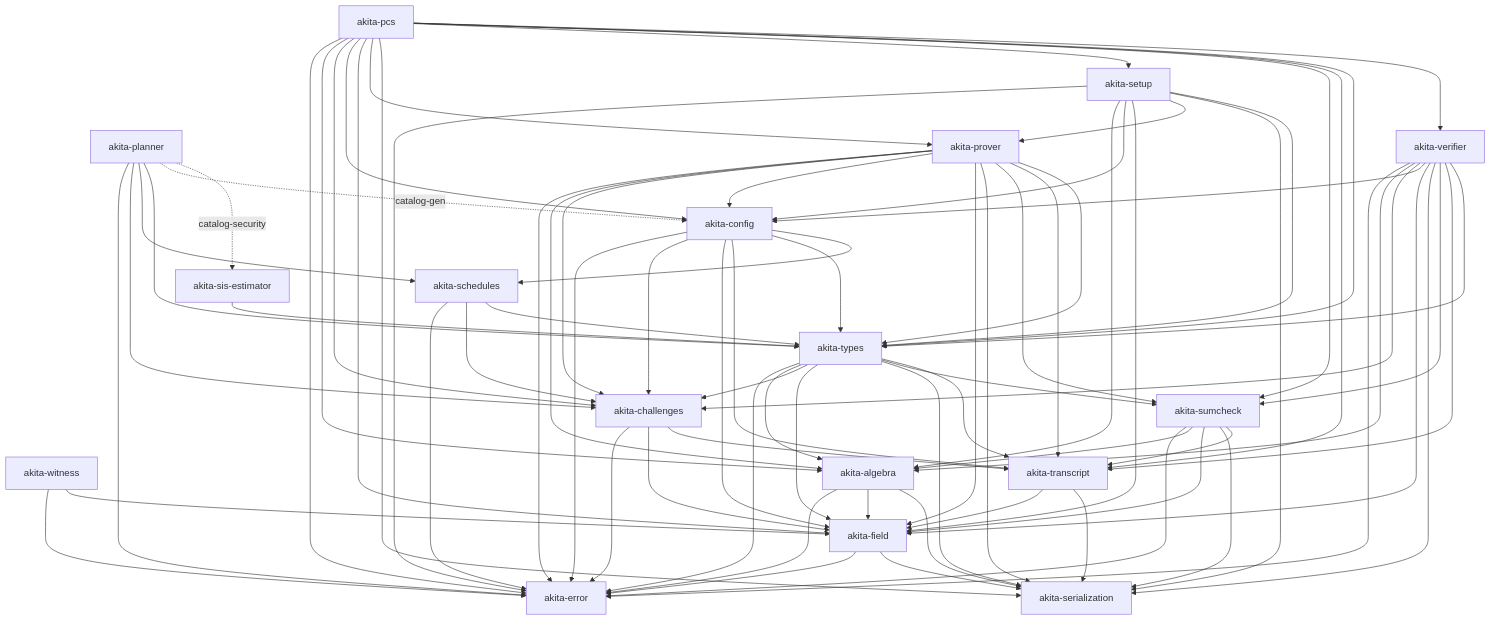
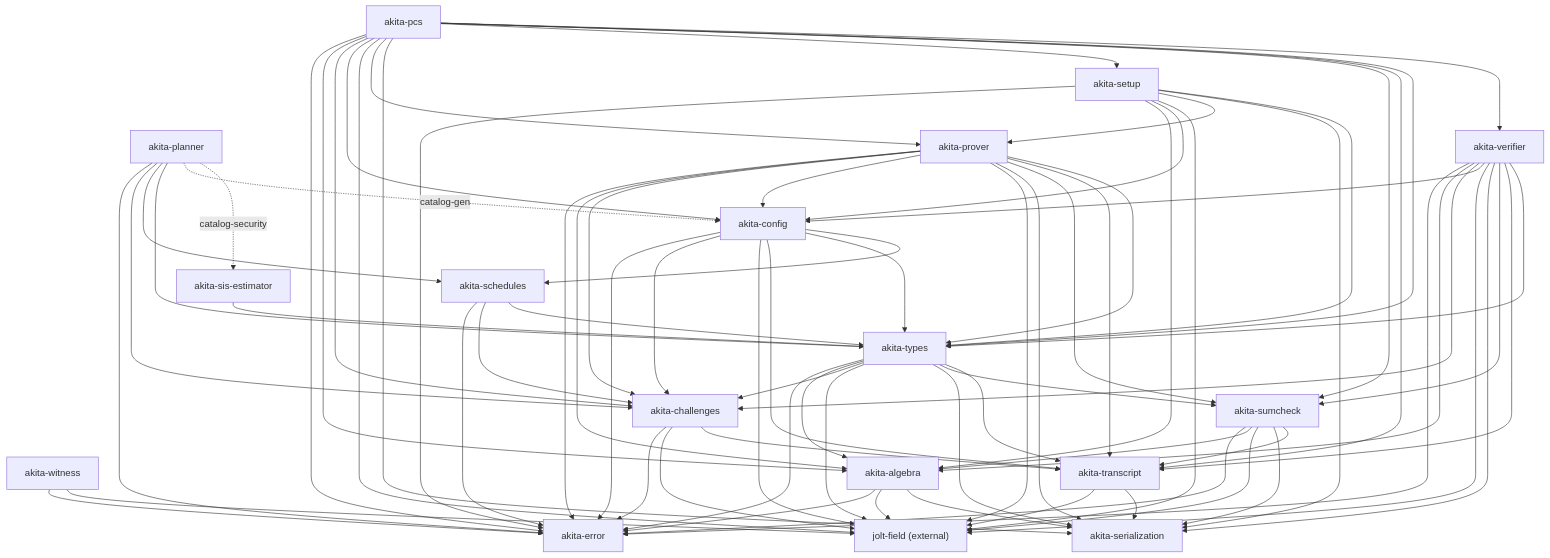
One commit to LayerZero-Labs/akita changed the diagram in docs/crate-graph.md. Above: the diagram before and after it, drawn with Mermaid. The commit also changed other lines of this file and 465 other files, not shown here.

```diff
--- a/docs/crate-graph.md
+++ b/docs/crate-graph.md
@@ -37,7 +37,7 @@
 graph TD
   Error["akita-error"]
   Ser["akita-serialization"]
-  Field["akita-field"]
+  Field["jolt-field (external)"]
   Witness["akita-witness"]
   Algebra["akita-algebra"]
   Transcript["akita-transcript"]
@@ -53,8 +53,6 @@
   Setup["akita-setup"]
   Pcs["akita-pcs"]
 
-  Field --> Error
-  Field --> Ser
   Witness --> Error
   Witness --> Field
   Algebra --> Error
```
